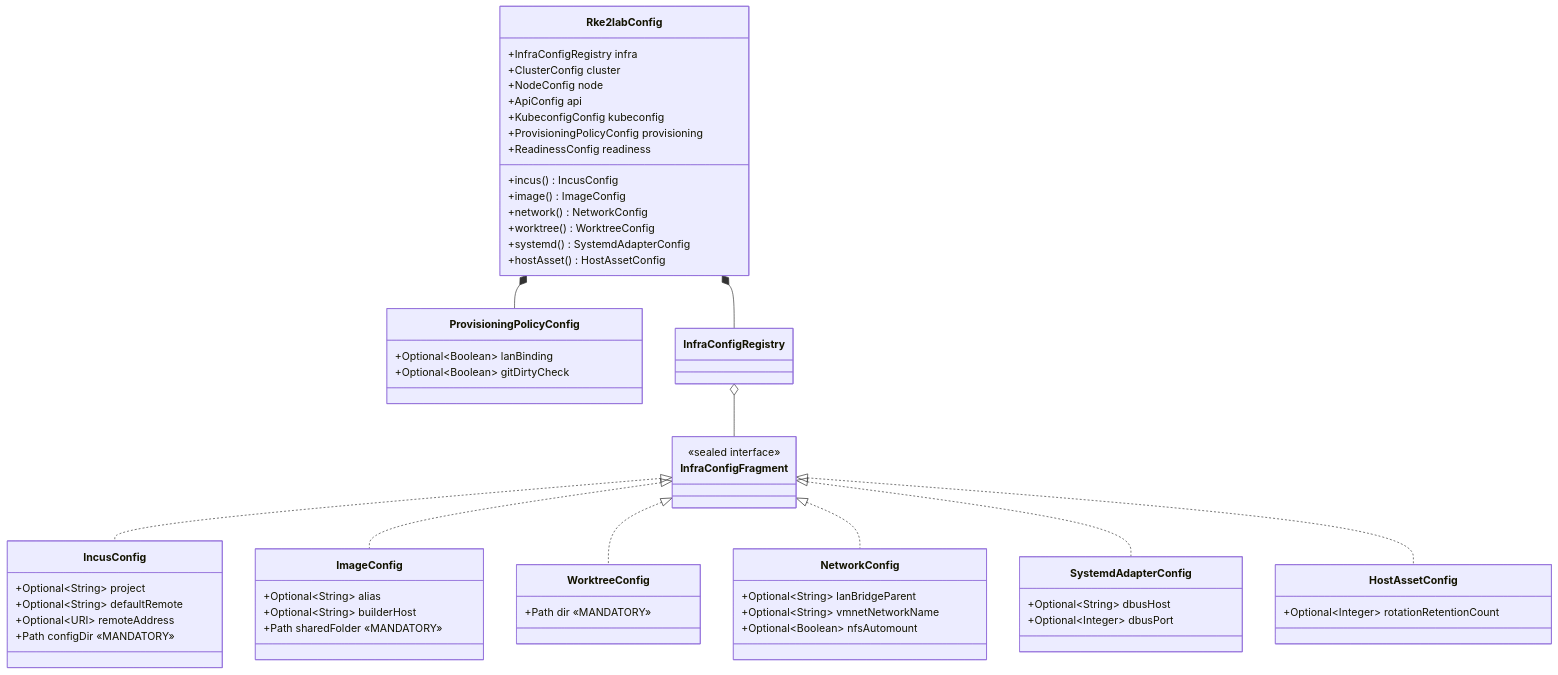
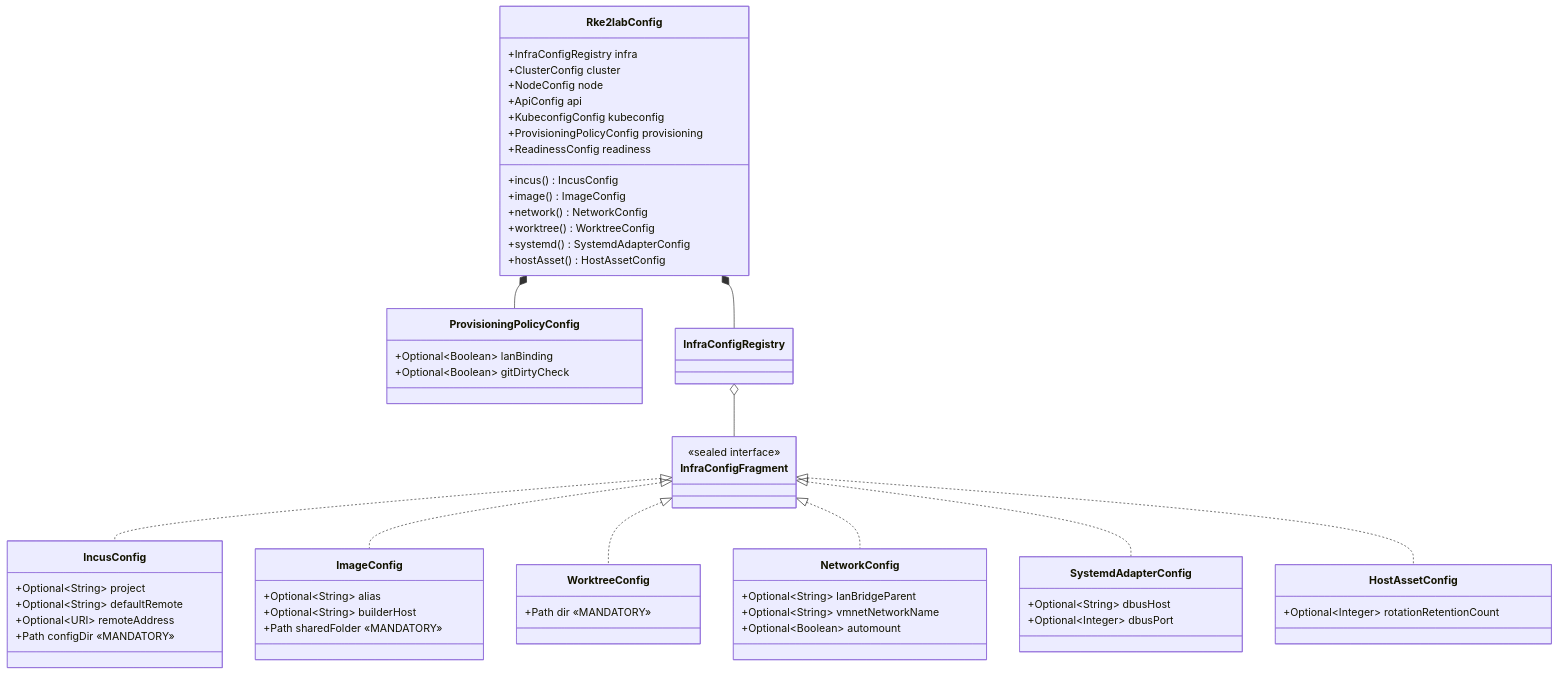
Before and after one commit to nxmatic/rke2lab: the third of 8 diagrams in docs/architecture/config/config-restructuring-spec.adoc, drawn with Mermaid. The commit also changed other lines of this file and 21 other files, not shown here.

```diff
--- a/docs/architecture/config/config-restructuring-spec.adoc
+++ b/docs/architecture/config/config-restructuring-spec.adoc
@@ -187,65 +187,65 @@
 [mermaid]
 ----
 classDiagram
     class Rke2labConfig {
         +InfraConfigRegistry infra
         +ClusterConfig cluster
         +NodeConfig node
         +ApiConfig api
         +KubeconfigConfig kubeconfig
         +ProvisioningPolicyConfig provisioning
         +ReadinessConfig readiness
         +incus() IncusConfig
         +image() ImageConfig
         +network() NetworkConfig
         +worktree() WorktreeConfig
         +systemd() SystemdAdapterConfig
         +hostAsset() HostAssetConfig
     }
 
     class InfraConfigFragment {
         <<sealed interface>>
     }
 
     class IncusConfig {
         +Optional~String~ project
         +Optional~String~ defaultRemote
         +Optional~URI~ remoteAddress
         +Path configDir  «MANDATORY»
     }
     class ImageConfig {
         +Optional~String~ alias
         +Optional~String~ builderHost
         +Path sharedFolder  «MANDATORY»
     }
     class WorktreeConfig {
         +Path dir  «MANDATORY»
     }
     class NetworkConfig {
         +Optional~String~ lanBridgeParent
         +Optional~String~ vmnetNetworkName
-        +Optional~Boolean~ nfsAutomount
+        +Optional~Boolean~ automount
     }
     class SystemdAdapterConfig {
         +Optional~String~ dbusHost
         +Optional~Integer~ dbusPort
     }
     class HostAssetConfig {
         +Optional~Integer~ rotationRetentionCount
     }
 
     class ProvisioningPolicyConfig {
         +Optional~Boolean~ lanBinding
         +Optional~Boolean~ gitDirtyCheck
     }
 
     Rke2labConfig *-- InfraConfigRegistry
     Rke2labConfig *-- ProvisioningPolicyConfig
     InfraConfigRegistry o-- InfraConfigFragment
     InfraConfigFragment <|.. IncusConfig
     InfraConfigFragment <|.. ImageConfig
     InfraConfigFragment <|.. WorktreeConfig
     InfraConfigFragment <|.. NetworkConfig
     InfraConfigFragment <|.. SystemdAdapterConfig
     InfraConfigFragment <|.. HostAssetConfig
 ----
```
